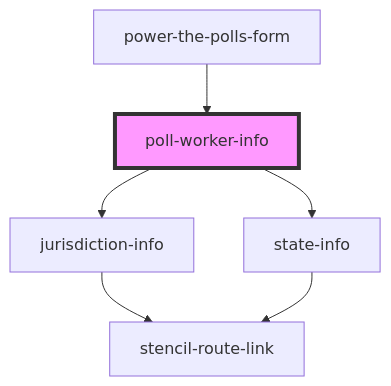
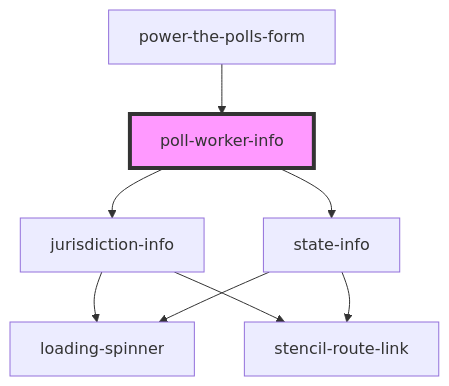
Before and after one commit to pizza-to-the-polls/power-the-polls: the diagram in power-the-polls-form/src/components/poll-worker-info/readme.md, drawn with Mermaid. The commit also changed 5 other files, not shown here.

````diff
--- a/power-the-polls-form/src/components/poll-worker-info/readme.md
+++ b/power-the-polls-form/src/components/poll-worker-info/readme.md
@@ -30,9 +30,11 @@
 ```mermaid
 graph TD;
   poll-worker-info --> jurisdiction-info
   poll-worker-info --> state-info
+  jurisdiction-info --> loading-spinner
   jurisdiction-info --> stencil-route-link
+  state-info --> loading-spinner
   state-info --> stencil-route-link
   power-the-polls-form --> poll-worker-info
   style poll-worker-info fill:#f9f,stroke:#333,stroke-width:4px
 ```
````
